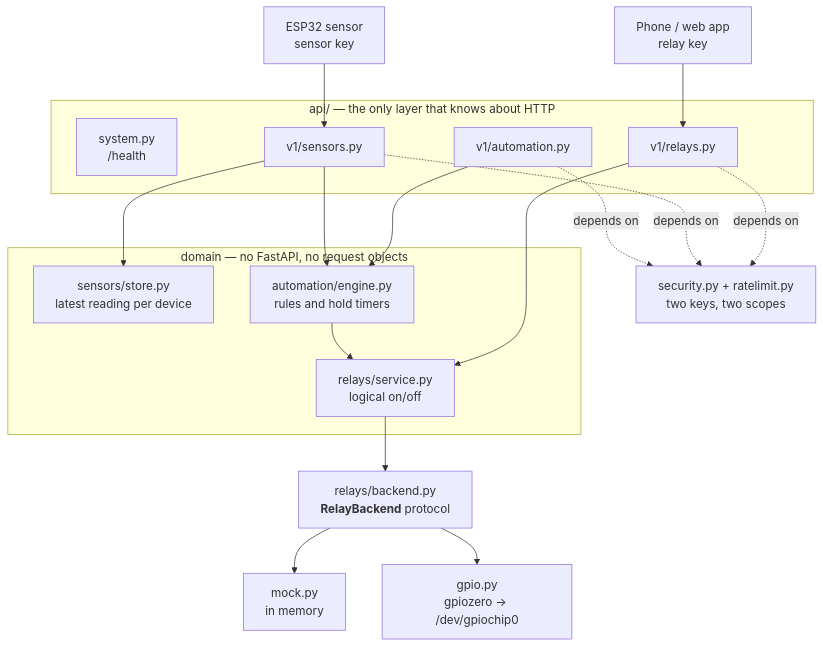
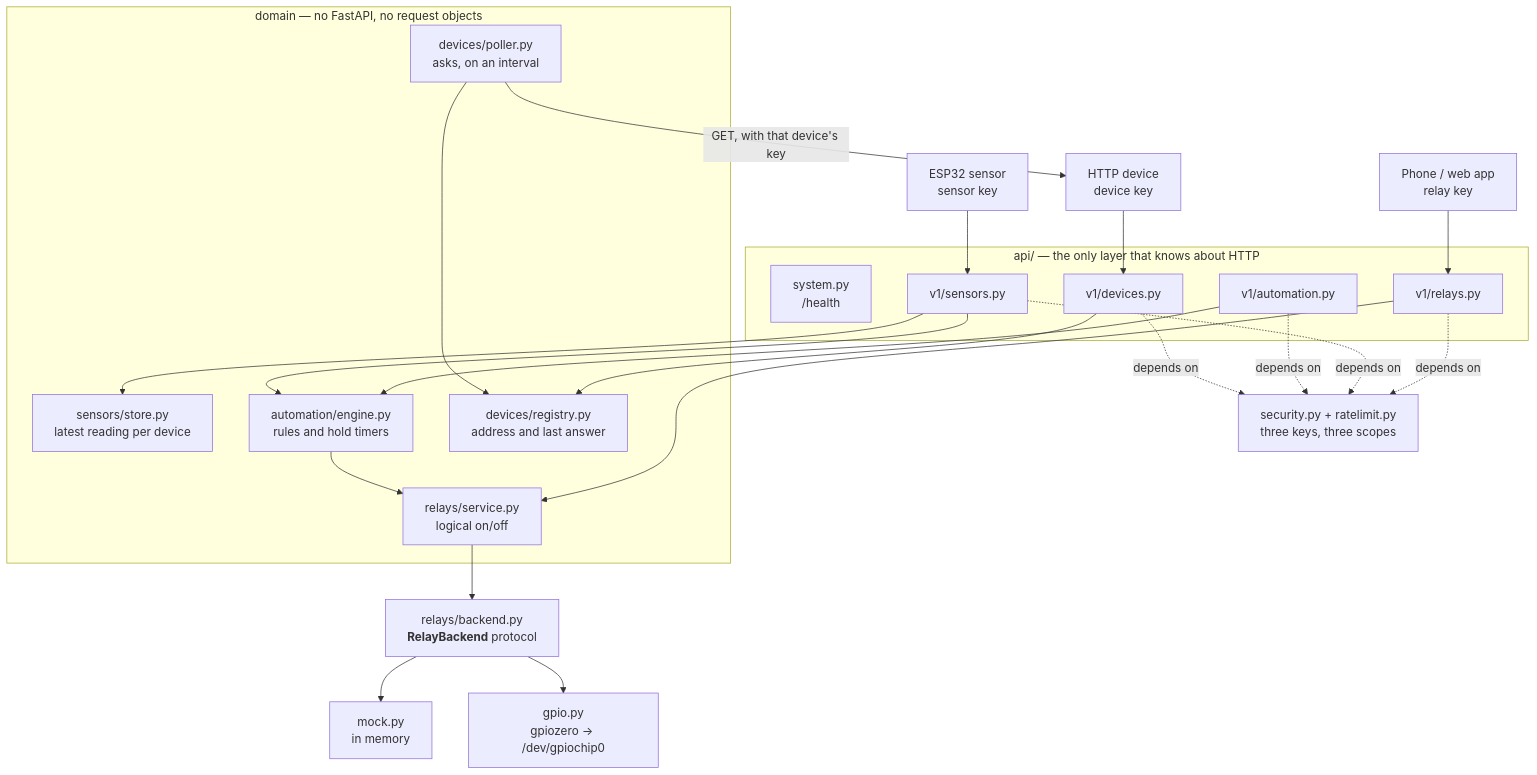
The diagram in docs/architecture.md (DGPRoman/pihome-hub), drawn with Mermaid before and after one commit. The commit also changed other lines of this file and 4 other files, not shown here.

````diff
--- a/docs/architecture.md
+++ b/docs/architecture.md
@@ -9,38 +9,47 @@
 ```mermaid
 flowchart TB
     phone["Phone / web app<br/>relay key"]
     firmware["ESP32 sensor<br/>sensor key"]
+    device["HTTP device<br/>device key"]
 
     subgraph http["api/ — the only layer that knows about HTTP"]
         system["system.py<br/>/health"]
         relayroutes["v1/relays.py"]
         sensorroutes["v1/sensors.py"]
         ruleroutes["v1/automation.py"]
+        deviceroutes["v1/devices.py"]
     end
 
-    guard["security.py + ratelimit.py<br/>two keys, two scopes"]
+    guard["security.py + ratelimit.py<br/>three keys, three scopes"]
 
     subgraph core["domain — no FastAPI, no request objects"]
         relayservice["relays/service.py<br/>logical on/off"]
         store["sensors/store.py<br/>latest reading per device"]
         engine["automation/engine.py<br/>rules and hold timers"]
+        registry["devices/registry.py<br/>address and last answer"]
+        poller["devices/poller.py<br/>asks, on an interval"]
     end
 
     seam["relays/backend.py<br/><b>RelayBackend</b> protocol"]
     mock["mock.py<br/>in memory"]
     real["gpio.py<br/>gpiozero → /dev/gpiochip0"]
 
     phone --> relayroutes
     firmware --> sensorroutes
+    device --> deviceroutes
     relayroutes -.->|depends on| guard
     sensorroutes -.->|depends on| guard
     ruleroutes -.->|depends on| guard
+    deviceroutes -.->|depends on| guard
     relayroutes --> relayservice
     ruleroutes --> engine
     sensorroutes --> store
     sensorroutes --> engine
+    deviceroutes --> registry
+    poller --> registry
+    poller -->|GET, with that device's key| device
     engine --> relayservice
     relayservice --> seam
     seam --> mock
     seam --> real
 ```
````
